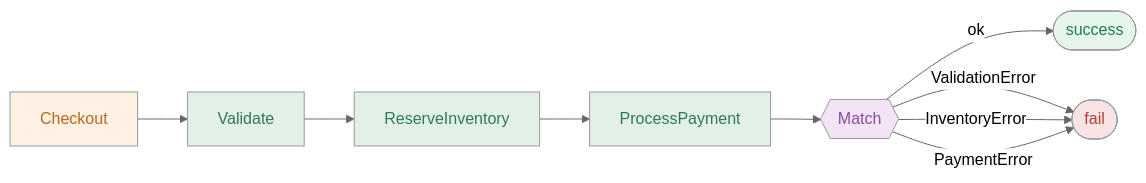
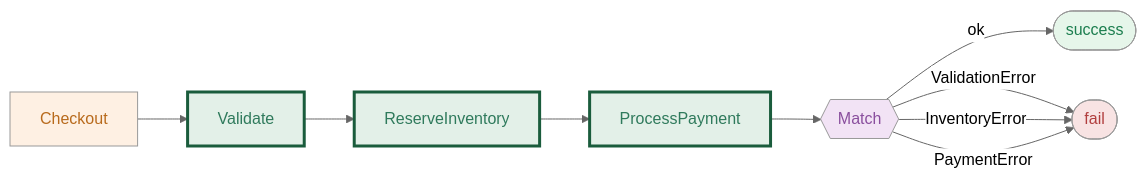
The second of 7 diagrams in mkdocs/resultflow/diagrams/index.md (reslava/nuget-package-reslava-result), drawn with Mermaid (neutral theme) before and after one commit. The commit also changed other lines of this file and 17 other files, not shown here.

````diff
--- a/mkdocs/resultflow/diagrams/index.md
+++ b/mkdocs/resultflow/diagrams/index.md
@@ -48,21 +49,21 @@
 ```mermaid
 flowchart LR
   N0_Checkout["Checkout"]:::operation
-  N1_Validate["Validate"]:::transform
-  N2_ReserveInventory["ReserveInventory"]:::transform
-  N3_ProcessPayment["ProcessPayment"]:::transform
+  N1_Validate["Validate"]:::bind
+  N2_ReserveInventory["ReserveInventory"]:::bind
+  N3_ProcessPayment["ProcessPayment"]:::bind
   N4_Match{{"Match"}}:::terminal
 
   N0_Checkout --> N1_Validate --> N2_ReserveInventory --> N3_ProcessPayment --> N4_Match
 
   N4_Match -->|ok| SUCCESS([success]):::success
   N4_Match -->|ValidationError| FAIL([fail]):::failure
   N4_Match -->|InventoryError| FAIL
   N4_Match -->|PaymentError| FAIL
 
   classDef operation fill:#fef0e3,color:#b86a1c
-  classDef transform fill:#e3f0e8,color:#2f7a5c
+  classDef bind      fill:#e3f0e8,color:#2f7a5c,stroke:#1a5c3c,stroke-width:3px
   classDef terminal  fill:#f2e3f5,color:#8a4f9e
   classDef failure   fill:#f8e3e3,color:#b13e3e
   classDef success   fill:#e6f6ea,color:#1c7e4f
 ```
````
